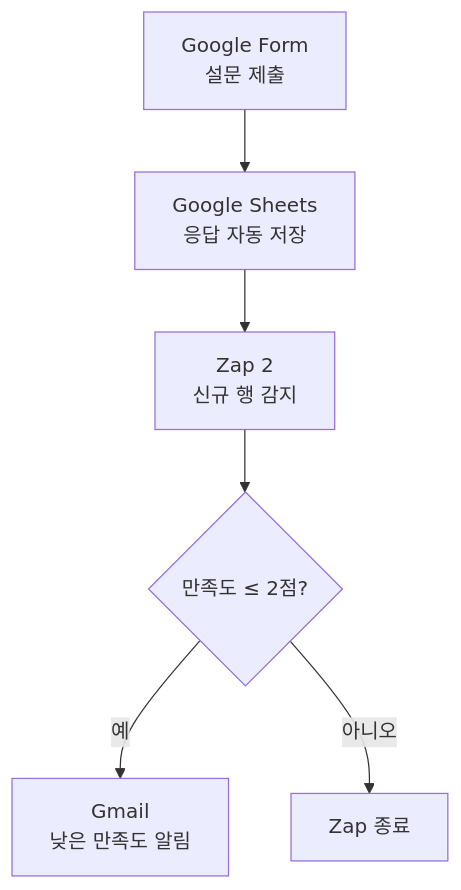
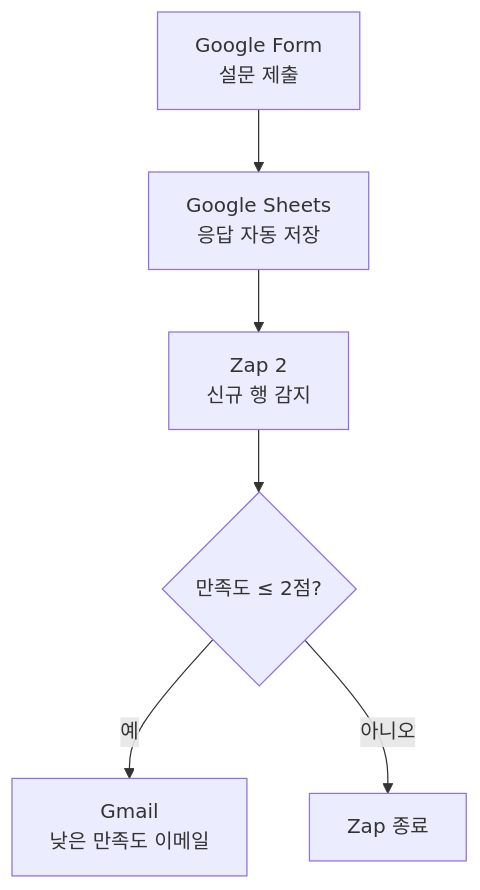
One commit to jjjoy1114/codyssey_ai_native changed the third of 4 diagrams in project-03/README.md. Above: the diagram before and after it, drawn with Mermaid. The commit also changed other lines of this file, not shown here.

Commit message:
flowchart 최종 자동화 구조로 교체

````diff
--- a/project-03/README.md
+++ b/project-03/README.md
@@ -161,8 +168,9 @@
 ```mermaid
 flowchart TD
     A["Google Form<br/>설문 제출"] --> B["Google Sheets<br/>응답 자동 저장"]
     B --> C["Zap 2<br/>신규 행 감지"]
     C --> D{"만족도 ≤ 2점?"}
-    D -->|"예"| E["Gmail<br/>낮은 만족도 알림"]
+
+    D -->|"예"| E["Gmail<br/>낮은 만족도 이메일"]
     D -->|"아니오"| F["Zap 종료"]
 ```
````
